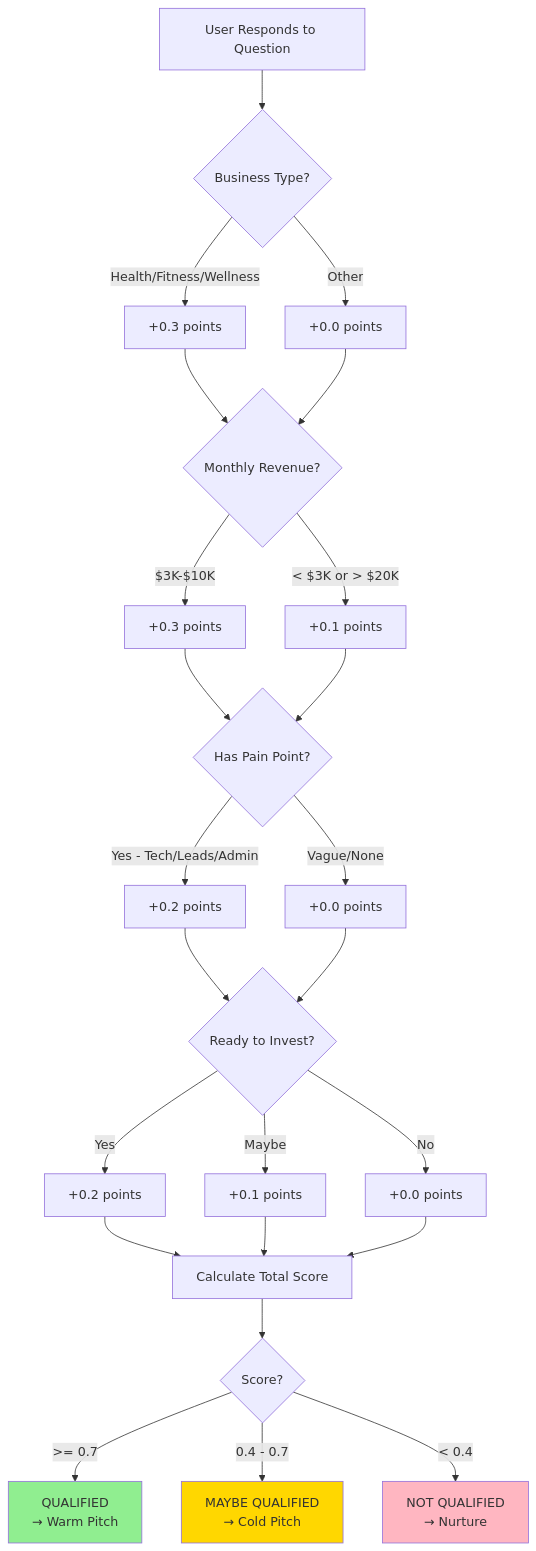
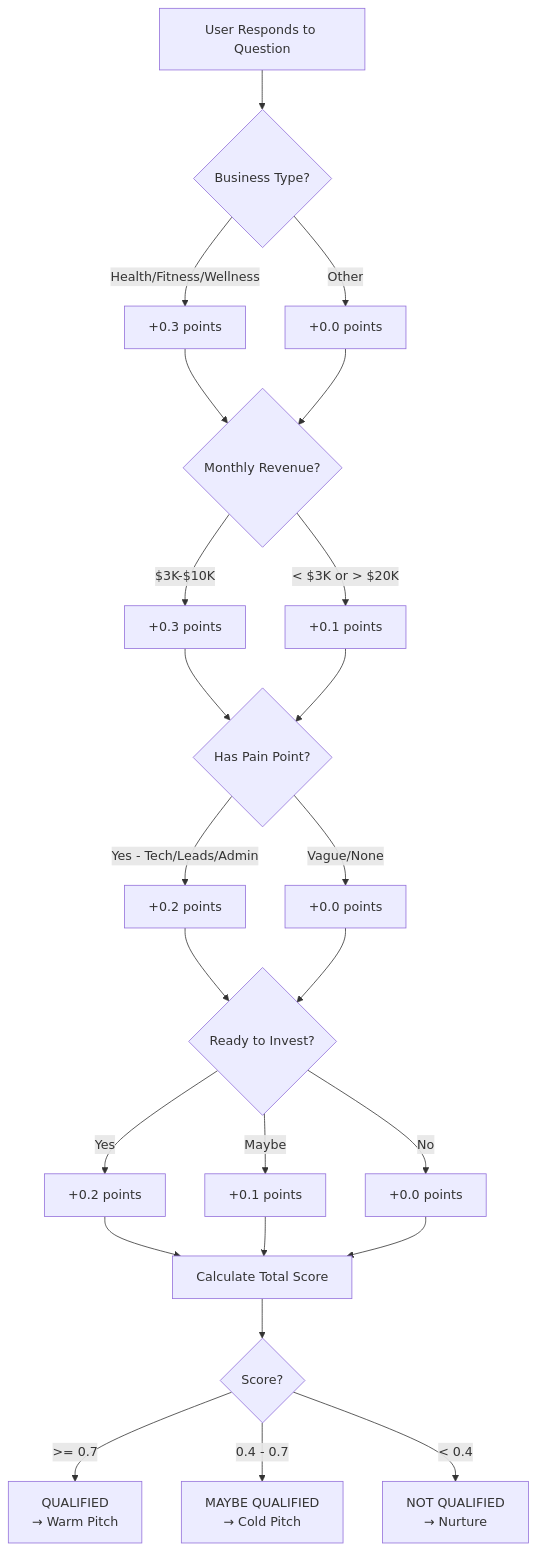
One commit to blockvoltcr7/langgraph-supervisors changed the eighth of 23 diagrams in limitlessos/ARCHITECTURE_DIAGRAMS.md. Above: the diagram before and after it, drawn with Mermaid. The commit also changed other lines of this file and 17 other files, not shown here.

````diff
--- a/limitlessos/ARCHITECTURE_DIAGRAMS.md
+++ b/limitlessos/ARCHITECTURE_DIAGRAMS.md
@@ -373,42 +346,38 @@
 ```mermaid
 graph TD
     START[User Responds to Question]
     
     START --> Q1{Business Type?}
     
     Q1 -->|Health/Fitness/Wellness| SCORE1[+0.3 points]
     Q1 -->|Other| SCORE0A[+0.0 points]
     
     SCORE1 --> Q2{Monthly Revenue?}
     SCORE0A --> Q2
     
     Q2 -->|$3K-$10K| SCORE2[+0.3 points]
     Q2 -->|< $3K or > $20K| SCORE0B[+0.1 points]
     
     SCORE2 --> Q3{Has Pain Point?}
     SCORE0B --> Q3
     
     Q3 -->|Yes - Tech/Leads/Admin| SCORE3[+0.2 points]
     Q3 -->|Vague/None| SCORE0C[+0.0 points]
     
     SCORE3 --> Q4{Ready to Invest?}
     SCORE0C --> Q4
     
     Q4 -->|Yes| SCORE4[+0.2 points]
     Q4 -->|Maybe| SCORE0D[+0.1 points]
     Q4 -->|No| SCORE0E[+0.0 points]
     
     SCORE4 --> CALC[Calculate Total Score]
     SCORE0D --> CALC
     SCORE0E --> CALC
     
     CALC --> DECISION{Score?}
     
     DECISION -->|>= 0.7| QUALIFIED[QUALIFIED<br/>→ Warm Pitch]
     DECISION -->|0.4 - 0.7| MAYBE[MAYBE QUALIFIED<br/>→ Cold Pitch]
     DECISION -->|< 0.4| NOT[NOT QUALIFIED<br/>→ Nurture]
-    
-    style QUALIFIED fill:#90EE90
-    style MAYBE fill:#FFD700
-    style NOT fill:#FFB6C1
 ```
````
